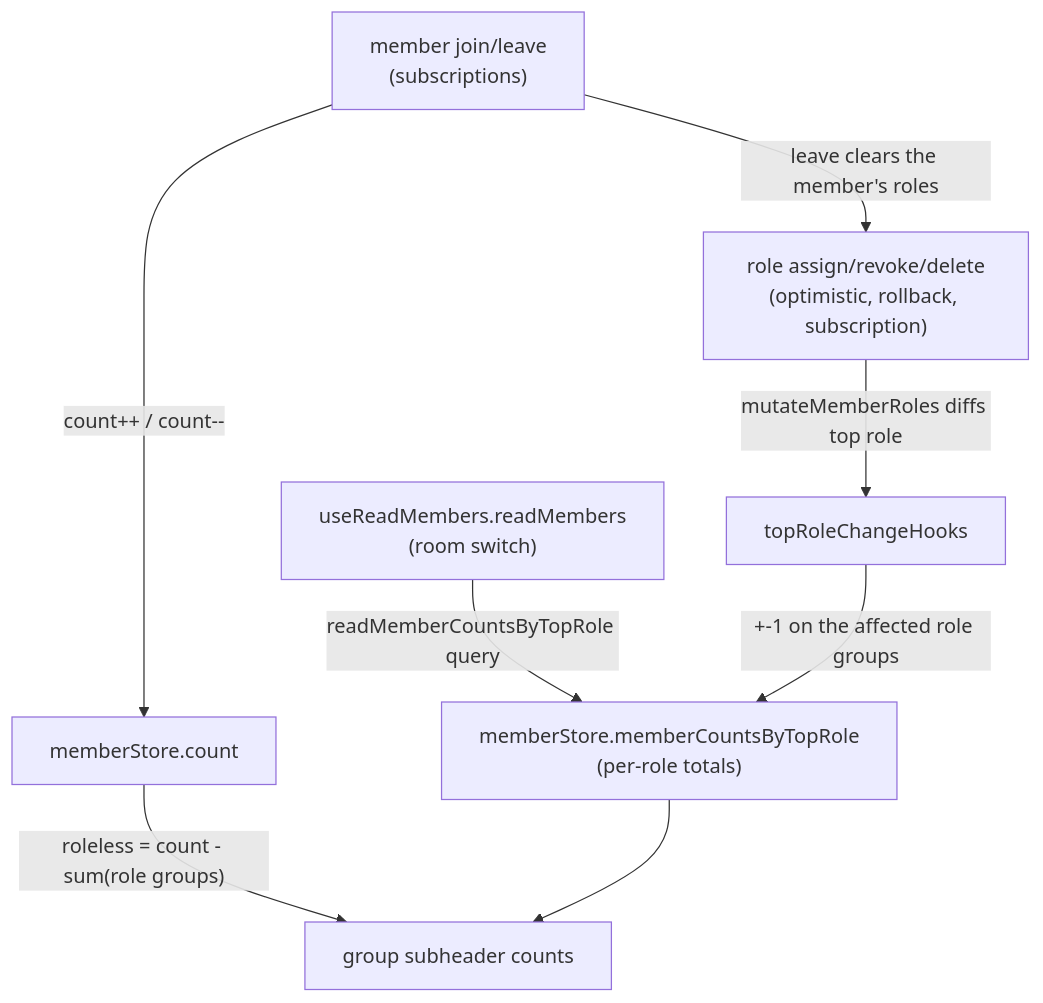
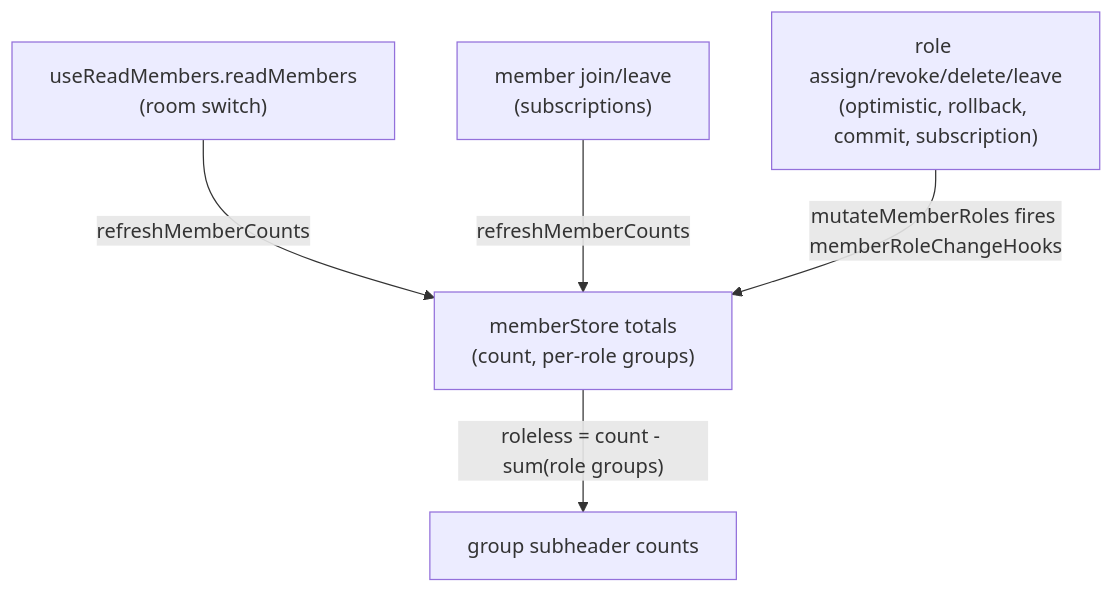
The first of 2 diagrams in openspec/specs/esbabbler/room-ui/design.md (Esposter/Esposter), drawn with Mermaid before and after one commit. The commit also changed other lines of this file and 6 other files, not shown here.

First line of the commit message:
fix(esbabbler): the room's totals are re-read on every member write, never adjusted by a delta

````diff
--- a/openspec/specs/esbabbler/room-ui/design.md
+++ b/openspec/specs/esbabbler/room-ui/design.md
@@ -13,10 +13,7 @@
 ```mermaid
 flowchart TD
-  readMembers["useReadMembers.readMembers<br/>(room switch)"] -- "readMemberCountsByTopRole query" --> counts["memberStore.memberCountsByTopRole<br/>(per-role totals)"]
-  joinLeave["member join/leave<br/>(subscriptions)"] -- "count++ / count--" --> total["memberStore.count"]
-  joinLeave -- "leave clears the member's roles" --> roleMutation
-  total -- "roleless = count - sum(role groups)" --> headers["group subheader counts"]
-  counts --> headers
-  roleMutation["role assign/revoke/delete<br/>(optimistic, rollback, subscription)"] -- "mutateMemberRoles diffs top role" --> hooks["topRoleChangeHooks"]
-  hooks -- "+-1 on the affected role groups" --> counts
+  readMembers["useReadMembers.readMembers<br/>(room switch)"] -- "refreshMemberCounts" --> counts["memberStore totals<br/>(count, per-role groups)"]
+  joinLeave["member join/leave<br/>(subscriptions)"] -- "refreshMemberCounts" --> counts
+  roleMutation["role assign/revoke/delete/leave<br/>(optimistic, rollback, commit, subscription)"] -- "mutateMemberRoles fires memberRoleChangeHooks" --> counts
+  counts -- "roleless = count - sum(role groups)" --> headers["group subheader counts"]
 ```
````
